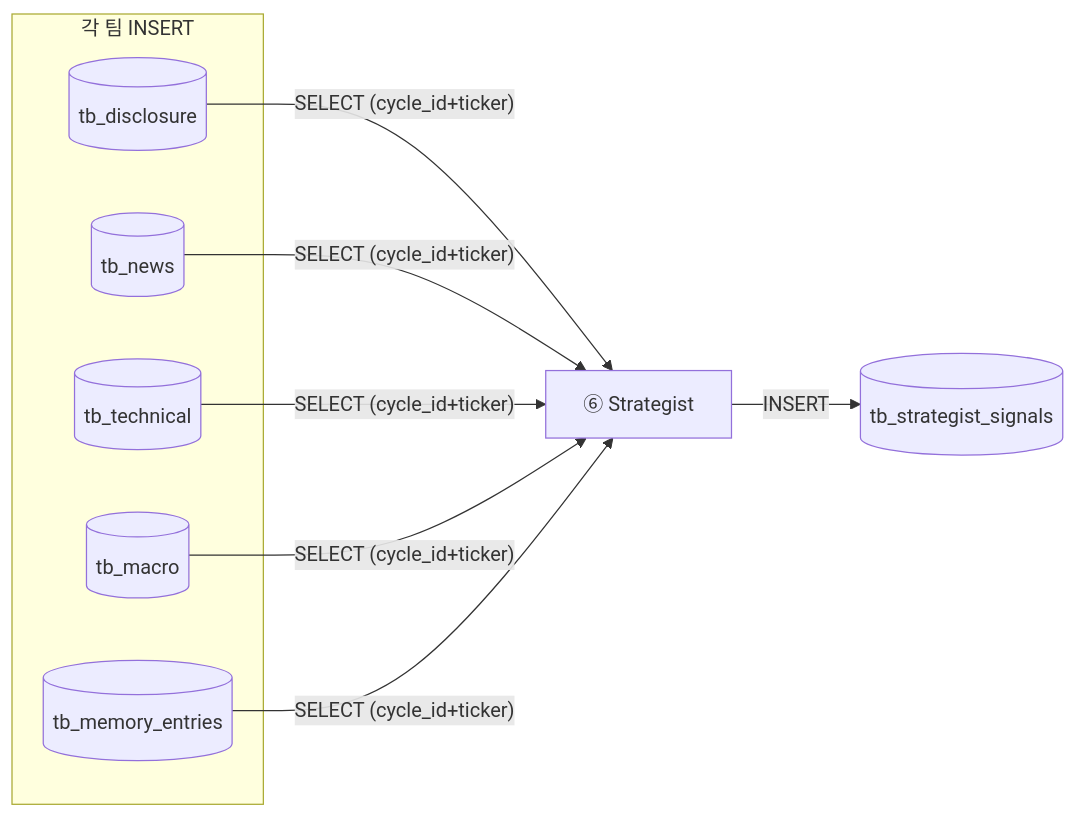
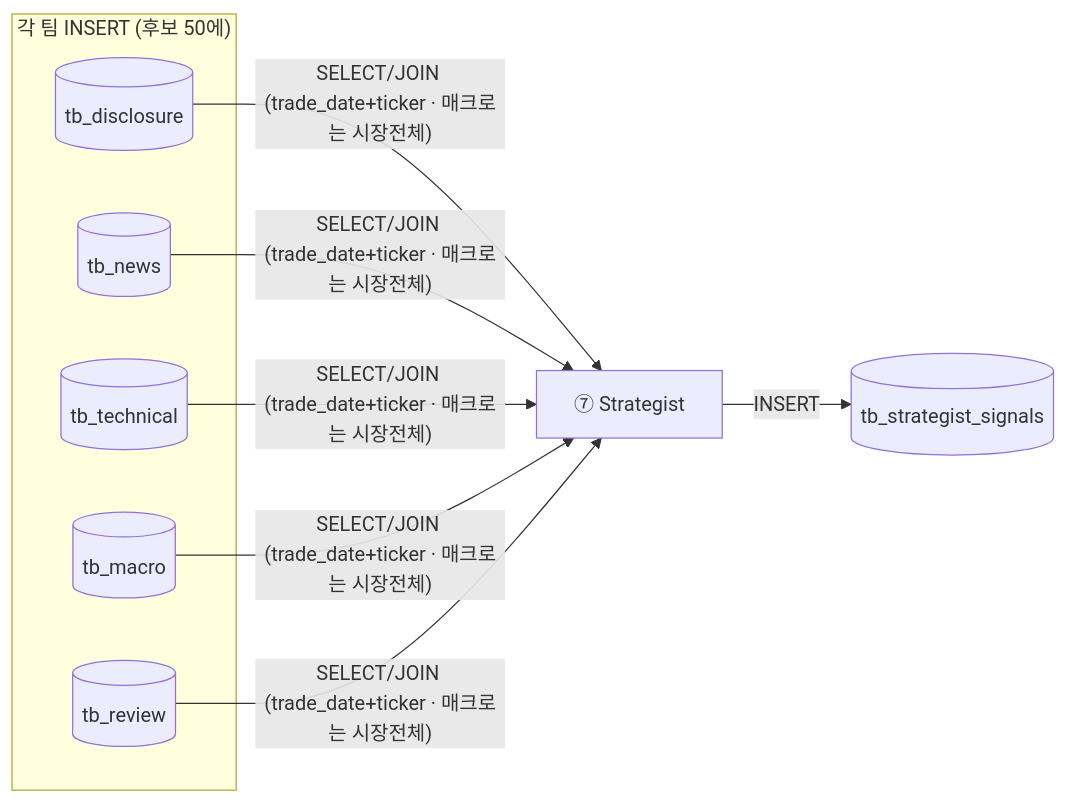
Before and after one commit to jaymunsh/quantinue-wiki: the third of 3 diagrams in documents/facts/파이프라인.md, drawn with Mermaid. The commit also changed other lines of this file and 4 other files, not shown here.

````diff
--- a/documents/facts/파이프라인.md
+++ b/documents/facts/파이프라인.md
@@ -76,12 +96,12 @@
 ```mermaid
 flowchart LR
-  subgraph 저장["각 팀 INSERT"]
+  subgraph 저장["각 팀 INSERT (후보 50에)"]
     D[(tb_disclosure)]
     N[(tb_news)]
     T[(tb_technical)]
     M[(tb_macro)]
-    MEM[(tb_memory_entries)]
+    RVW[(tb_review)]
   end
-  D & N & T & M & MEM -->|"SELECT (cycle_id+ticker)"| S["⑥ Strategist"]
+  D & N & T & M & RVW -->|"SELECT/JOIN (trade_date+ticker · 매크로는 시장전체)"| S["⑦ Strategist"]
   S -->|INSERT| SS[(tb_strategist_signals)]
 ```
````
